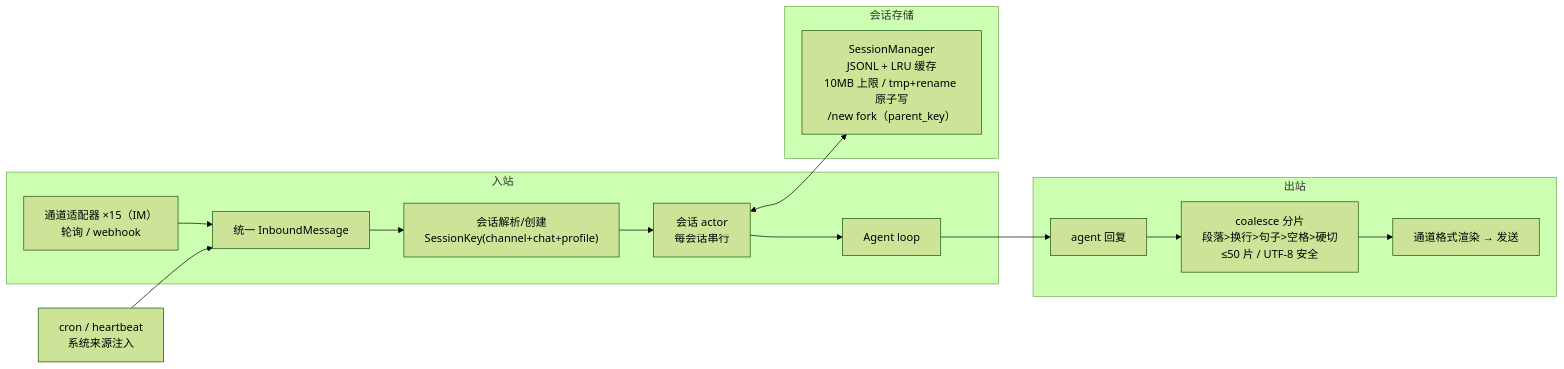
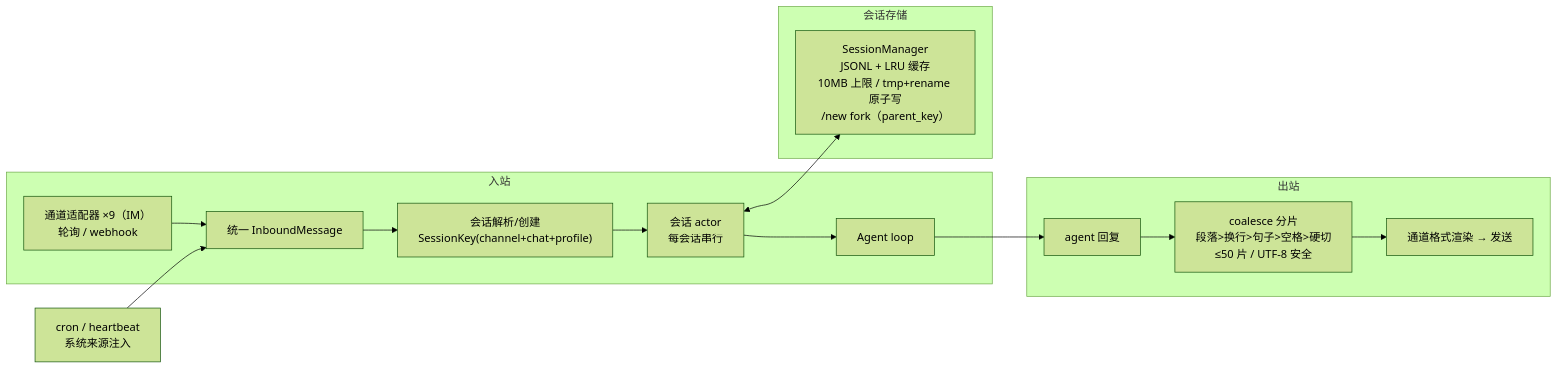
One commit to dorname/octos changed the sixth of 15 diagrams in logos/resources/prd/3-technical-plan/1-architecture/core-01-architecture-overview.md. Above: the diagram before and after it, drawn with Mermaid (forest theme). The commit also changed other lines of this file and 14 other files, not shown here.

````diff
--- a/logos/resources/prd/3-technical-plan/1-architecture/core-01-architecture-overview.md
+++ b/logos/resources/prd/3-technical-plan/1-architecture/core-01-architecture-overview.md
@@ -210,19 +208,19 @@
 ```mermaid
 graph LR
     subgraph "入站"
-        I1["通道适配器 ×15（IM）<br/>轮询 / webhook"] --> I2["统一 InboundMessage"]
+        I1["通道适配器 ×9（IM）<br/>轮询 / webhook"] --> I2["统一 InboundMessage"]
         I2 --> I3["会话解析/创建<br/>SessionKey(channel+chat+profile)"]
         I3 --> I4["会话 actor<br/>每会话串行"]
         I4 --> I5["Agent loop"]
     end
     subgraph "会话存储"
         SS["SessionManager<br/>JSONL + LRU 缓存<br/>10MB 上限 / tmp+rename 原子写<br/>/new fork（parent_key）"]
     end
     I4 <--> SS
     subgraph "出站"
         O1["agent 回复"] --> O2["coalesce 分片<br/>段落>换行>句子>空格>硬切<br/>≤50 片 / UTF-8 安全"]
         O2 --> O3["通道格式渲染 → 发送"]
     end
     I5 --> O1
     CR["cron / heartbeat<br/>系统来源注入"] --> I2
 ```
````
